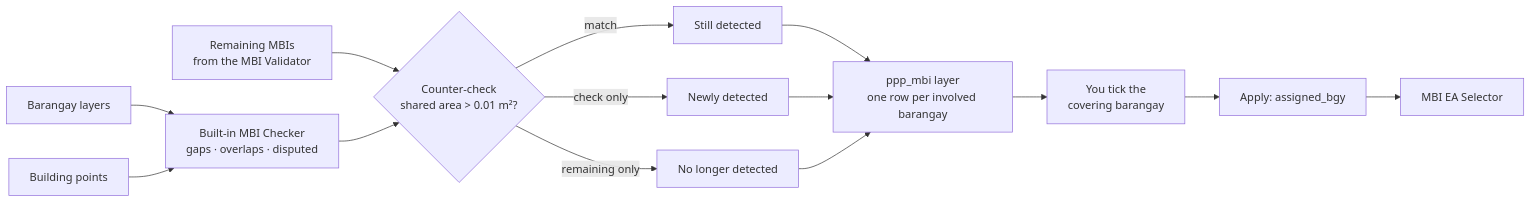
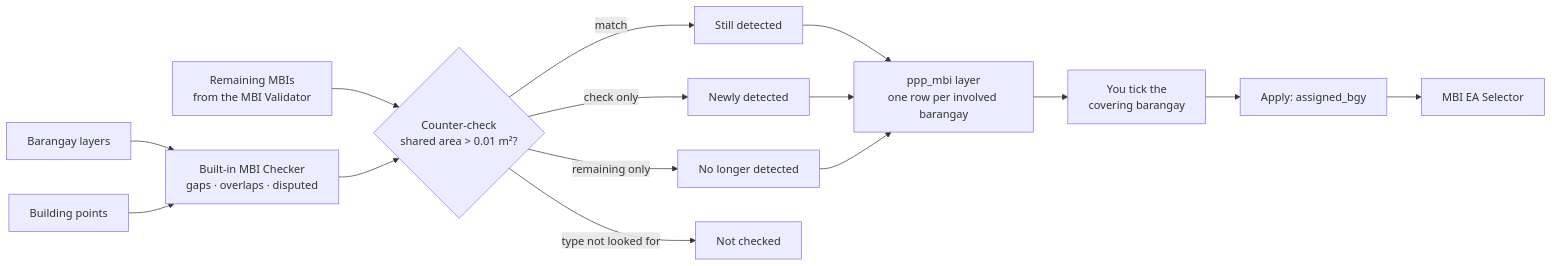
Before and after one commit to GMD-Repository/GMD_COProcessing: the diagram in docs/tools/mbi_bgy_selector.md, drawn with Mermaid. The commit also changed other lines of this file and 5 other files, not shown here.

````diff
--- a/docs/tools/mbi_bgy_selector.md
+++ b/docs/tools/mbi_bgy_selector.md
@@ -37,16 +37,17 @@
 ```mermaid
 flowchart LR
     R[Remaining MBIs<br/>from the MBI Validator] --> C
     B[Barangay layers] --> K[Built-in MBI Checker<br/>gaps · overlaps · disputed]
     P[Building points] --> K
     K --> C{Counter-check<br/>shared area &gt; 0.01 m²?}
     C -->|match| S[Still detected]
     C -->|check only| N[Newly detected]
     C -->|remaining only| G[No longer detected]
+    C -->|type not looked for| U[Not checked]
     S --> L[ppp_mbi layer<br/>one row per involved barangay]
     N --> L
     G --> L
     L --> T[You tick the<br/>covering barangay]
     T --> A[Apply: assigned_bgy]
     A --> E[MBI EA Selector]
 ```
````
